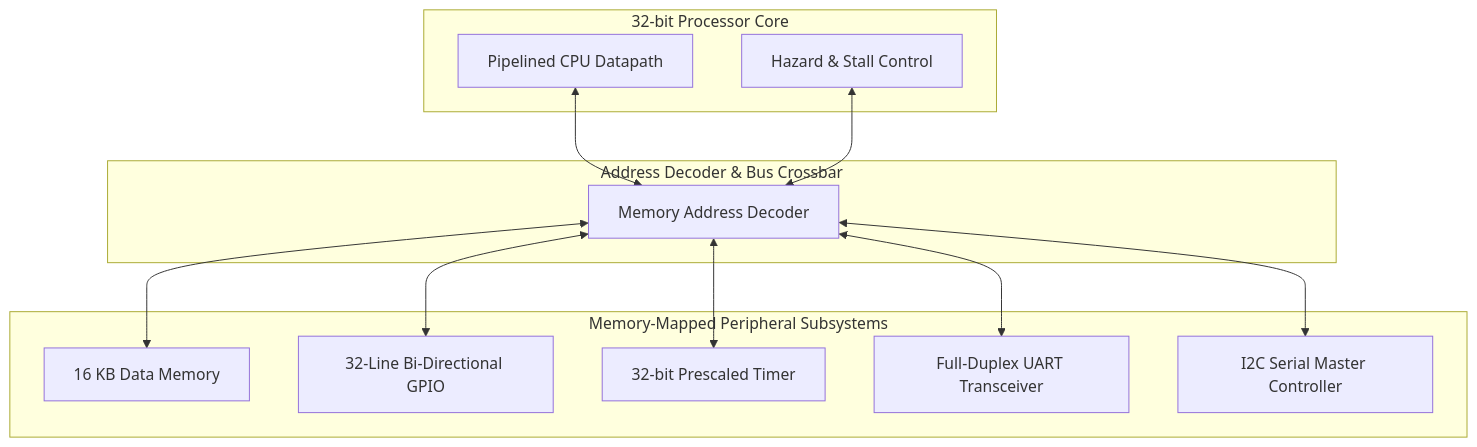
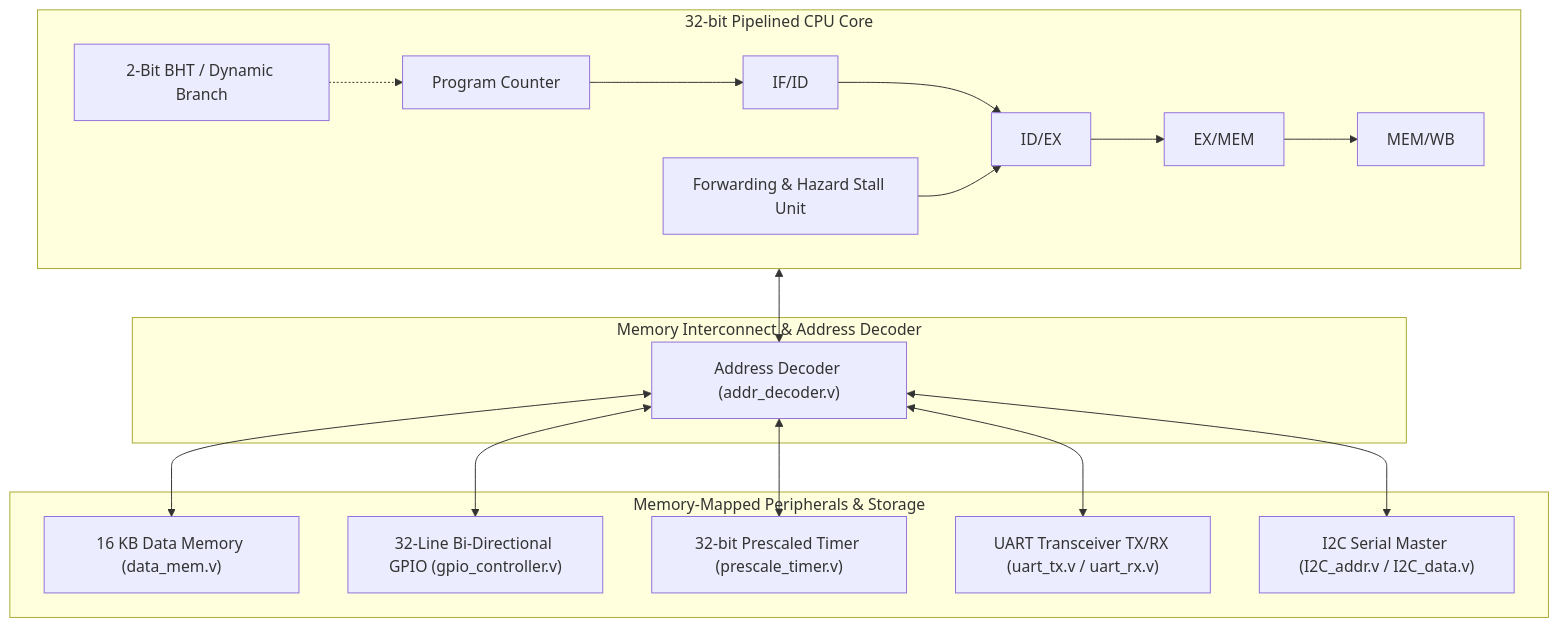
One commit to shausindustries/M32_MCU changed the diagram in README.md. Above: the diagram before and after it, drawn with Mermaid. The commit also changed other lines of this file, not shown here.

````diff
--- a/README.md
+++ b/README.md
@@ -34,28 +26,30 @@
 ```mermaid
 graph TD
-    subgraph Core ["32-bit Processor Core"]
-        CPU["Pipelined CPU Datapath"]
-        CTRL["Hazard & Stall Control"]
+    subgraph Core ["32-bit Pipelined CPU Core"]
+        PC["Program Counter"] --> IF_ID["IF/ID"]
+        IF_ID --> ID_EX["ID/EX"]
+        ID_EX --> EX_MEM["EX/MEM"]
+        EX_MEM --> MEM_WB["MEM/WB"]
+        BHT["2-Bit BHT / Dynamic Branch"] -.-> PC
+        FWD["Forwarding & Hazard Stall Unit"] --> ID_EX
     end
 
-    subgraph Interconnect ["Address Decoder & Bus Crossbar"]
-        DEC["Memory Address Decoder"]
+    subgraph Bus ["Memory Interconnect & Address Decoder"]
+        DEC["Address Decoder (addr_decoder.v)"]
     end
 
-    subgraph Peripherals ["Memory-Mapped Peripheral Subsystems"]
-        RAM["16 KB Data Memory"]
-        GPIO["32-Line Bi-Directional GPIO"]
-        TIMER["32-bit Prescaled Timer"]
-        UART["Full-Duplex UART Transceiver"]
-        I2C["I2C Serial Master Controller"]
+    subgraph Subsystems ["Memory-Mapped Peripherals & Storage"]
+        RAM["16 KB Data Memory (data_mem.v)"]
+        GPIO["32-Line Bi-Directional GPIO (gpio_controller.v)"]
+        TIMER["32-bit Prescaled Timer (prescale_timer.v)"]
+        UART["UART Transceiver TX/RX (uart_tx.v / uart_rx.v)"]
+        I2C["I2C Serial Master (I2C_addr.v / I2C_data.v)"]
     end
 
-    CPU <--> DEC
-    CTRL <--> DEC
-    
+    Core <--> DEC
     DEC <--> RAM
     DEC <--> GPIO
     DEC <--> TIMER
     DEC <--> UART
     DEC <--> I2C
 ```
````
